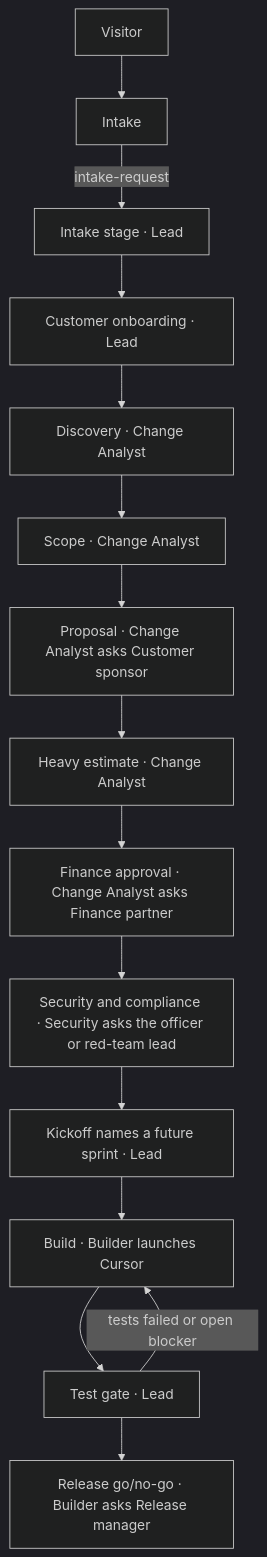
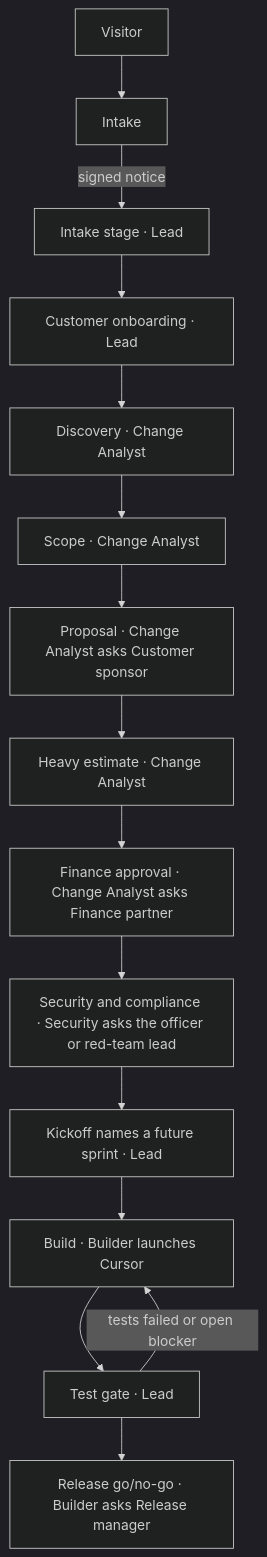
Before and after one commit to vishamathur/mvp-releasedesk: the second of 2 diagrams in docs/sdlc/overview.md, drawn with Mermaid (dark theme). The commit also changed other lines of this file and 27 other files, not shown here.

````diff
--- a/docs/sdlc/overview.md
+++ b/docs/sdlc/overview.md
@@ -38,17 +38,17 @@
 ```mermaid
 flowchart TD
   visitor["Visitor"] --> intakeBot["Intake"]
-  intakeBot -->|"intake-request"| intake["Intake stage · Lead"]
+  intakeBot -->|"signed notice"| intake["Intake stage · Lead"]
   intake --> onboard["Customer onboarding · Lead"]
   onboard --> discovery["Discovery · Change Analyst"]
   discovery --> scope["Scope · Change Analyst"]
   scope --> proposal["Proposal · Change Analyst asks Customer sponsor"]
   proposal --> estimate["Heavy estimate · Change Analyst"]
   estimate --> finance["Finance approval · Change Analyst asks Finance partner"]
   finance --> security["Security and compliance · Security asks the officer or red-team lead"]
   security --> kickoff["Kickoff names a future sprint · Lead"]
   kickoff --> build["Build · Builder launches Cursor"]
   build --> testGate["Test gate · Lead"]
   testGate --> release["Release go/no-go · Builder asks Release manager"]
   testGate -->|tests failed or open blocker| build
 ```
````
